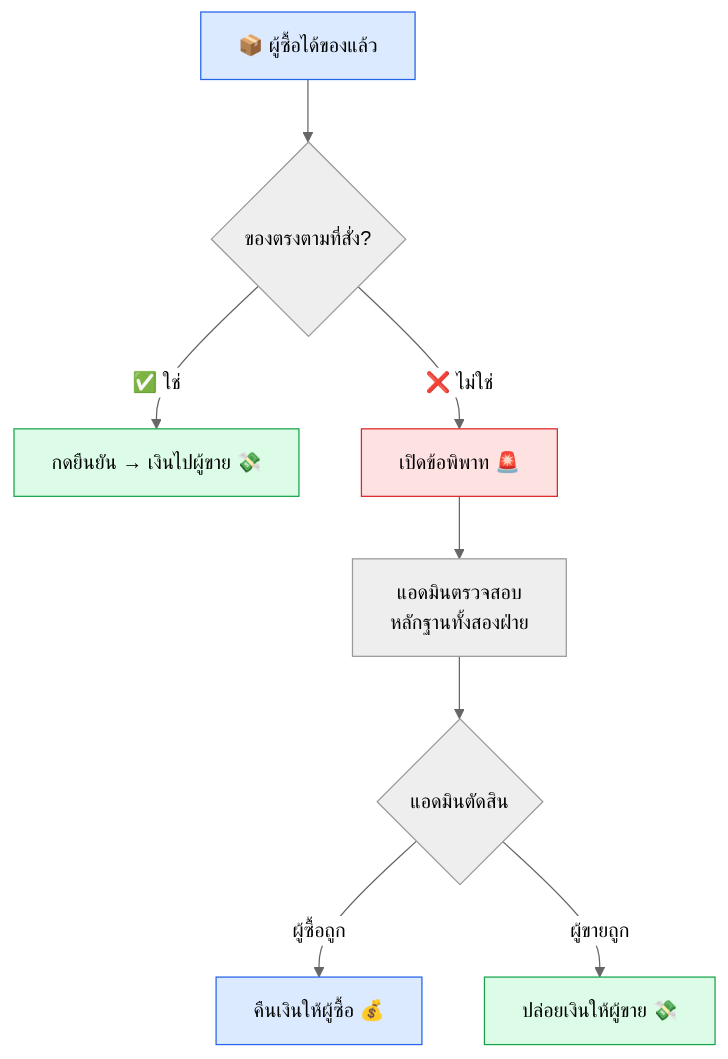
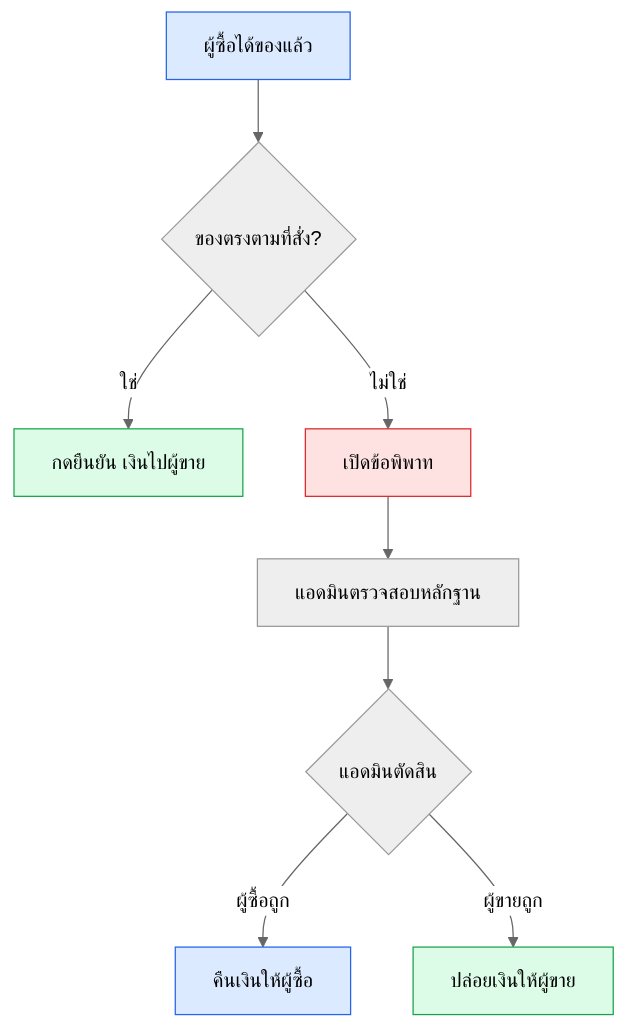
One commit to CodeCooLTH/trustme changed the fourth of 5 diagrams in docs/safepay-overview.md. Above: the diagram before and after it, drawn with Mermaid (neutral theme). The commit also changed other lines of this file and 4 other files, not shown here.

First line of the commit message:
feat: redesign public deal link + fix Mermaid diagrams

````diff
--- a/docs/safepay-overview.md
+++ b/docs/safepay-overview.md
@@ -82,19 +82,19 @@
 ```mermaid
 graph TD
-    A["📦 ผู้ซื้อได้ของแล้ว"] --> B{"ของตรงตามที่สั่ง?"}
+    A[ผู้ซื้อได้ของแล้ว] --> B{ของตรงตามที่สั่ง?}
 
-    B -- "✅ ใช่" --> C["กดยืนยัน → เงินไปผู้ขาย 💸"]
-    B -- "❌ ไม่ใช่" --> D["เปิดข้อพิพาท 🚨"]
+    B -- ใช่ --> C[กดยืนยัน เงินไปผู้ขาย]
+    B -- ไม่ใช่ --> D[เปิดข้อพิพาท]
 
-    D --> E["แอดมินตรวจสอบ<br/>หลักฐานทั้งสองฝ่าย"]
+    D --> E[แอดมินตรวจสอบหลักฐาน]
 
-    E --> F{"แอดมินตัดสิน"}
-    F -- "ผู้ซื้อถูก" --> G["คืนเงินให้ผู้ซื้อ 💰"]
-    F -- "ผู้ขายถูก" --> H["ปล่อยเงินให้ผู้ขาย 💸"]
+    E --> F{แอดมินตัดสิน}
+    F -- ผู้ซื้อถูก --> G[คืนเงินให้ผู้ซื้อ]
+    F -- ผู้ขายถูก --> H[ปล่อยเงินให้ผู้ขาย]
 
     style A fill:#dbeafe,stroke:#2563eb
     style C fill:#dcfce7,stroke:#16a34a
     style D fill:#fee2e2,stroke:#dc2626
     style G fill:#dbeafe,stroke:#2563eb
     style H fill:#dcfce7,stroke:#16a34a
 ```
````
